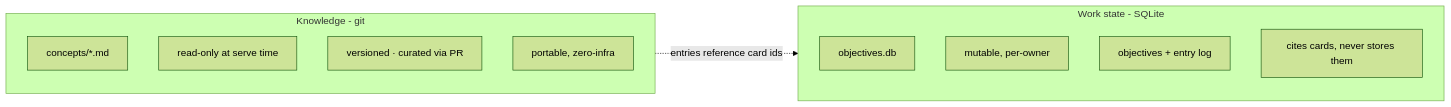
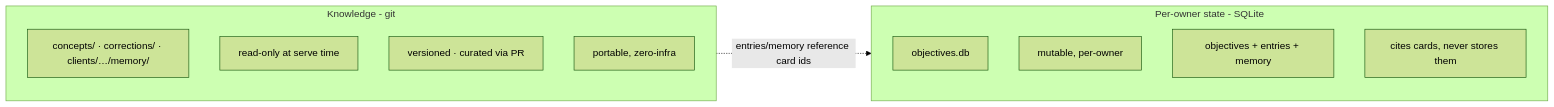
One commit to voyagerforge-dev/hive-intelligence changed the seventh of 9 diagrams in knowledge/okf/docs/OKF-Pipeline.md. Above: the diagram before and after it, drawn with Mermaid (forest theme). The commit also changed other lines of this file, not shown here.

First line of the commit message:
docs(okf): document the memory layer (Spec 3) across the doc set

````diff
--- a/knowledge/okf/docs/OKF-Pipeline.md
+++ b/knowledge/okf/docs/OKF-Pipeline.md
@@ -542,18 +631,18 @@
 ```mermaid
 flowchart LR
     subgraph K["Knowledge - git"]
         direction TB
-        k1["concepts/*.md"]
+        k1["concepts/ · corrections/ · clients/…/memory/"]
         k2["read-only at serve time"]
         k3["versioned · curated via PR"]
         k4["portable, zero-infra"]
     end
-    subgraph W["Work state - SQLite"]
+    subgraph W["Per-owner state - SQLite"]
         direction TB
         w1["objectives.db"]
         w2["mutable, per-owner"]
-        w3["objectives + entry log"]
+        w3["objectives + entries + memory"]
         w4["cites cards, never stores them"]
     end
-    K -. "entries reference card ids" .-> W
+    K -. "entries/memory reference card ids" .-> W
 ```
````
